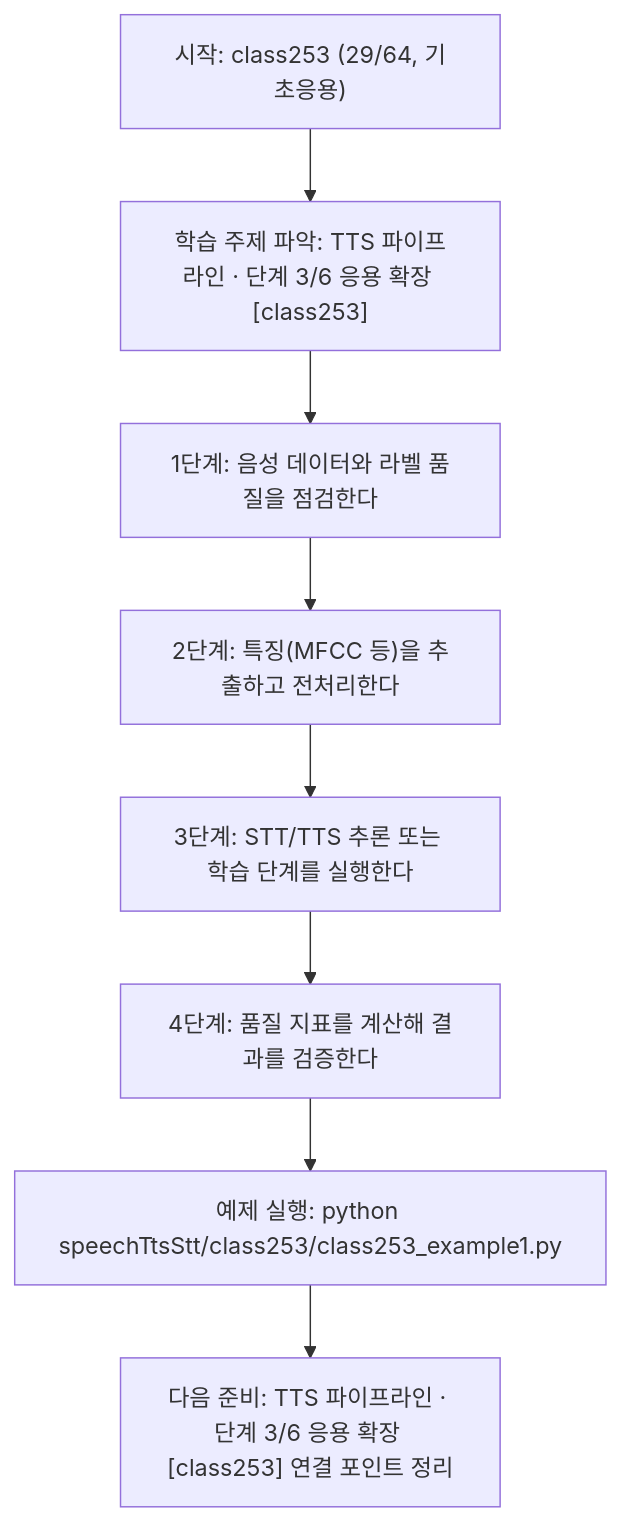
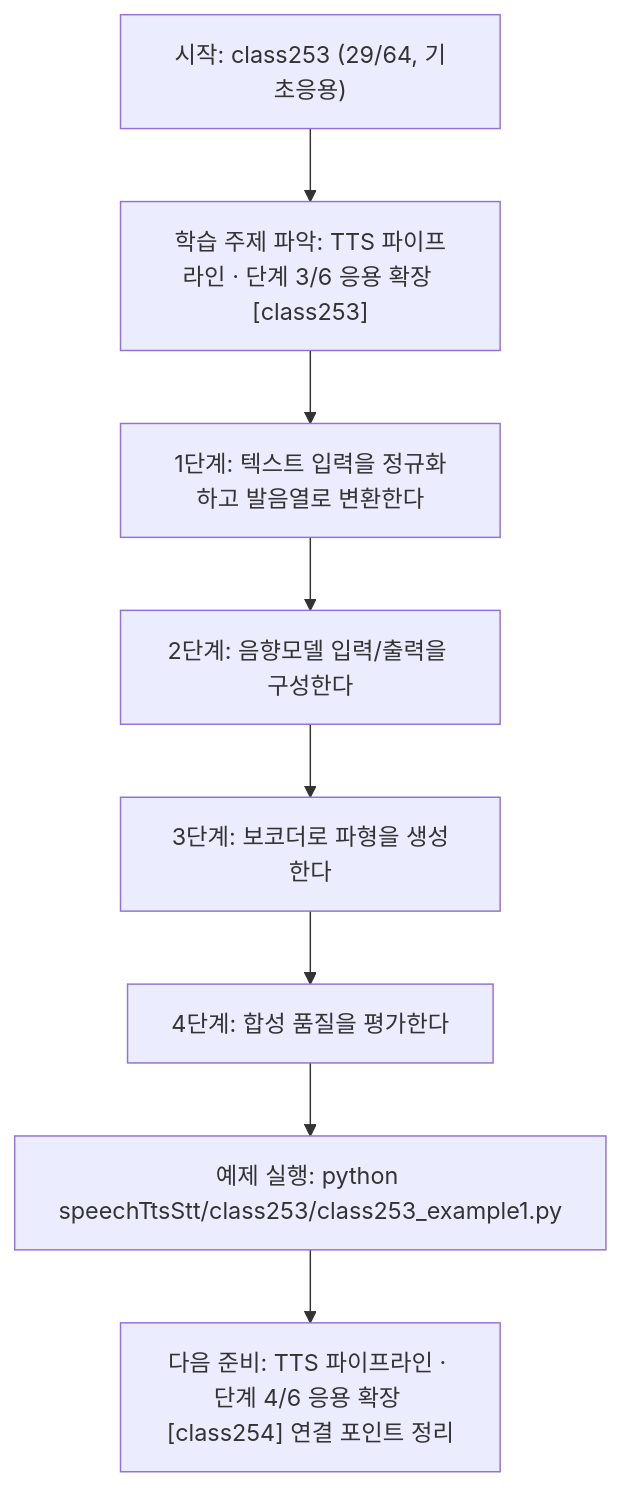
Before and after one commit to edumgt/Python-AI_Agent-Class: the diagram in speechTtsStt/class253/class253.md, drawn with Mermaid. The commit also changed other lines of this file and 1122 other files, not shown here.

````diff
--- a/speechTtsStt/class253/class253.md
+++ b/speechTtsStt/class253/class253.md
@@ -113,18 +95,18 @@
 ```mermaid
 flowchart TD
 N1["시작: class253 (29/64, 기초응용)"]
 N2["학습 주제 파악: TTS 파이프라인 · 단계 3/6 응용 확장 [class253]"]
-N3["1단계: 음성 데이터와 라벨 품질을 점검한다"]
-N4["2단계: 특징(MFCC 등)을 추출하고 전처리한다"]
-N5["3단계: STT/TTS 추론 또는 학습 단계를 실행한다"]
-N6["4단계: 품질 지표를 계산해 결과를 검증한다"]
+N3["1단계: 텍스트 입력을 정규화하고 발음열로 변환한다"]
+N4["2단계: 음향모델 입력/출력을 구성한다"]
+N5["3단계: 보코더로 파형을 생성한다"]
+N6["4단계: 합성 품질을 평가한다"]
 N7["예제 실행: python speechTtsStt/class253/class253_example1.py"]
-N8["다음 준비: TTS 파이프라인 · 단계 3/6 응용 확장 [class253] 연결 포인트 정리"]
+N8["다음 준비: TTS 파이프라인 · 단계 4/6 응용 확장 [class254] 연결 포인트 정리"]
 N1 --> N2
 N2 --> N3
 N3 --> N4
 N4 --> N5
 N5 --> N6
 N6 --> N7
 N7 --> N8
 ```
````
